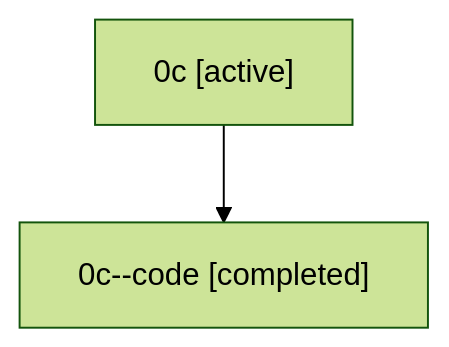
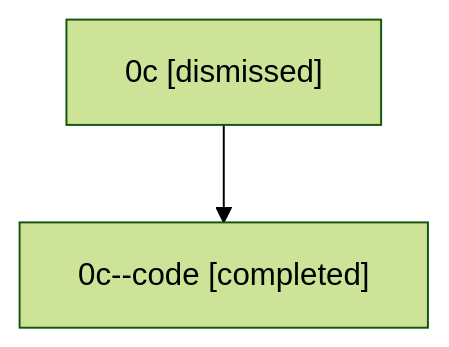
The diagram in sessions/bbugyi200.athena.0c.md (sase-org/sase--agents), drawn with Mermaid (forest theme) before and after one commit. The commit also changed other lines of this file and 24 other files, not shown here.

````diff
--- a/sessions/bbugyi200.athena.0c.md
+++ b/sessions/bbugyi200.athena.0c.md
@@ -9,6 +9,6 @@
 ```mermaid
 flowchart TD
-  n0["0c [active]"]
+  n0["0c [dismissed]"]
   n1["0c--code [completed]"]
   n0 --> n1
 ```
````
